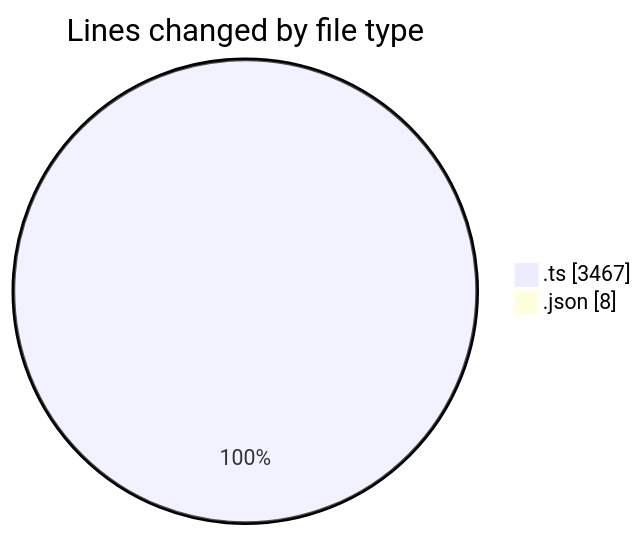
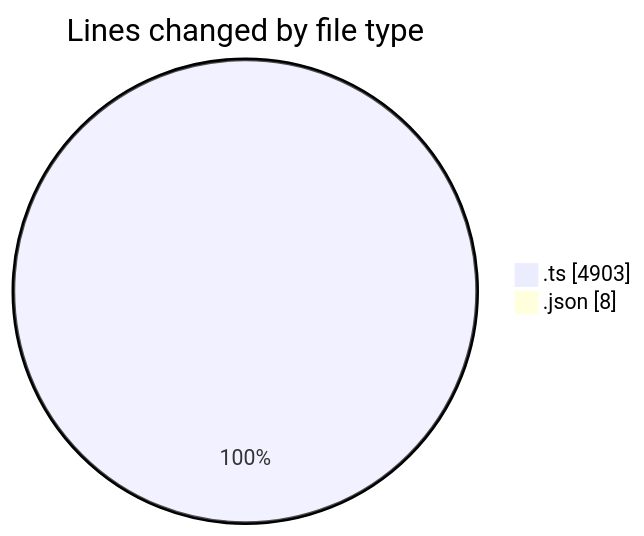
One commit to momahboobian/code-tracking changed the first of 2 diagrams in 2026-07-31/broadcaster-playout-dashboard/README.md. Above: the diagram before and after it, drawn with Mermaid. The commit also changed other lines of this file and 1 other file, not shown here.

````diff
--- a/2026-07-31/broadcaster-playout-dashboard/README.md
+++ b/2026-07-31/broadcaster-playout-dashboard/README.md
@@ -31,6 +33,6 @@
 ```mermaid
 pie showData
 title Lines changed by file type
-".ts" : 3467
+".ts" : 4903
 ".json" : 8
 ```
````
